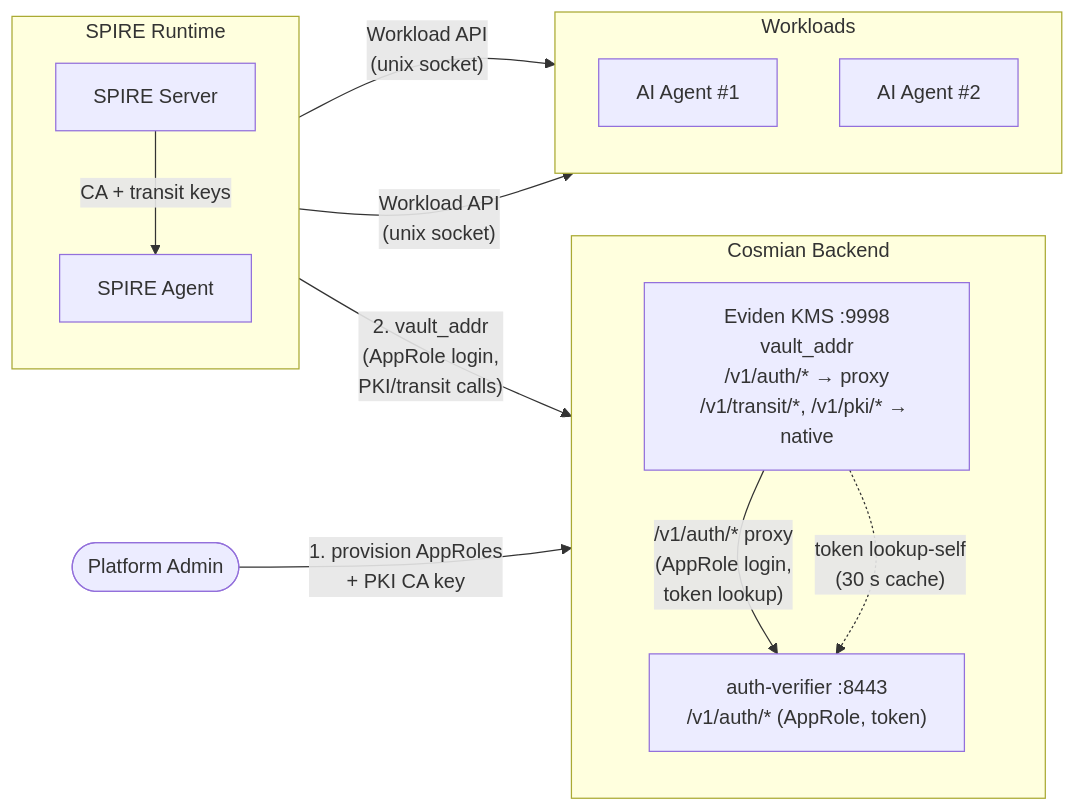
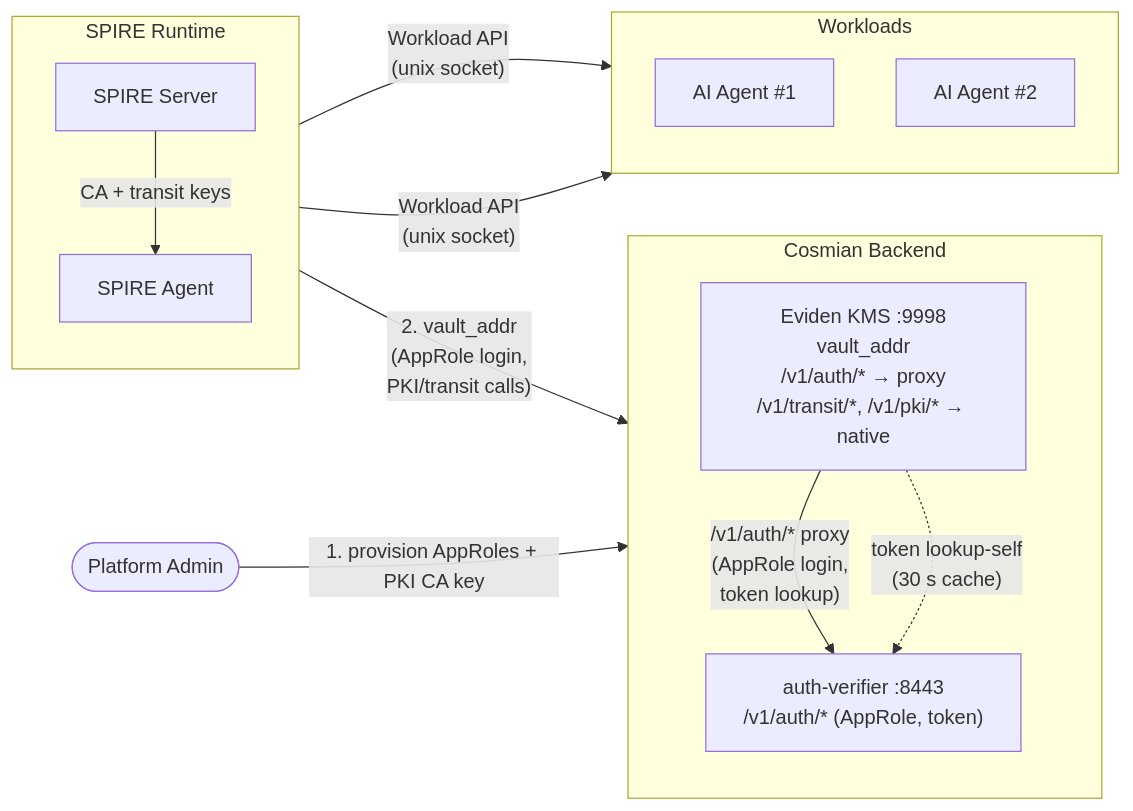
One commit to Cosmian/kms changed the second of 7 diagrams in documentation/docs/integrations/spire_spiffe.md. Above: the diagram before and after it, drawn with Mermaid. The commit also changed other lines of this file and 4 other files, not shown here.

````diff
--- a/documentation/docs/integrations/spire_spiffe.md
+++ b/documentation/docs/integrations/spire_spiffe.md
@@ -107,27 +107,27 @@
 ```mermaid
 flowchart LR
     subgraph Cosmian ["Cosmian Backend"]
         direction TB
-        KMS["Eviden KMS :9998\nvault_addr\n/v1/auth/* → proxy\n/v1/transit/*, /v1/pki/* → native"]
-        AuthV["auth-verifier :8443\n/v1/auth/* (AppRole, token)"]
-        KMS -- "/v1/auth/* proxy\n(AppRole login,\ntoken lookup)" --> AuthV
-        KMS -. "token lookup-self\n(30 s cache)" .-> AuthV
+        KMS["Eviden KMS :9998<br/>vault_addr<br/>/v1/auth/* → proxy<br/>/v1/transit/*, /v1/pki/* → native"]
+        AuthV["auth-verifier :8443<br/>/v1/auth/* (AppRole, token)"]
+        KMS -- "/v1/auth/* proxy<br/>(AppRole login,<br/>token lookup)" --> AuthV
+        KMS -. "token lookup-self<br/>(30 s cache)" .-> AuthV
     end
     subgraph SPIRE ["SPIRE Runtime"]
         direction TB
         SS[SPIRE Server]
         SA[SPIRE Agent]
         SS -- "CA + transit keys" --> SA
     end
     subgraph Workloads ["Workloads"]
         direction TB
         MA1[AI Agent #1]
         MA2[AI Agent #2]
     end
 
     Admin(["Platform Admin"])
-    Admin -- "1. provision AppRoles\n+ PKI CA key" --> Cosmian
-    SS -- "2. vault_addr\n(AppRole login,\nPKI/transit calls)" --> KMS
-    SA -- "Workload API\n(unix socket)" --> MA1
-    SA -- "Workload API\n(unix socket)" --> MA2
+    Admin -- "1. provision AppRoles + PKI CA key" --> Cosmian
+    SS -- "2. vault_addr<br/>(AppRole login,<br/>PKI/transit calls)" --> KMS
+    SA -- "Workload API<br/>(unix socket)" --> MA1
+    SA -- "Workload API<br/>(unix socket)" --> MA2
 ```
````
